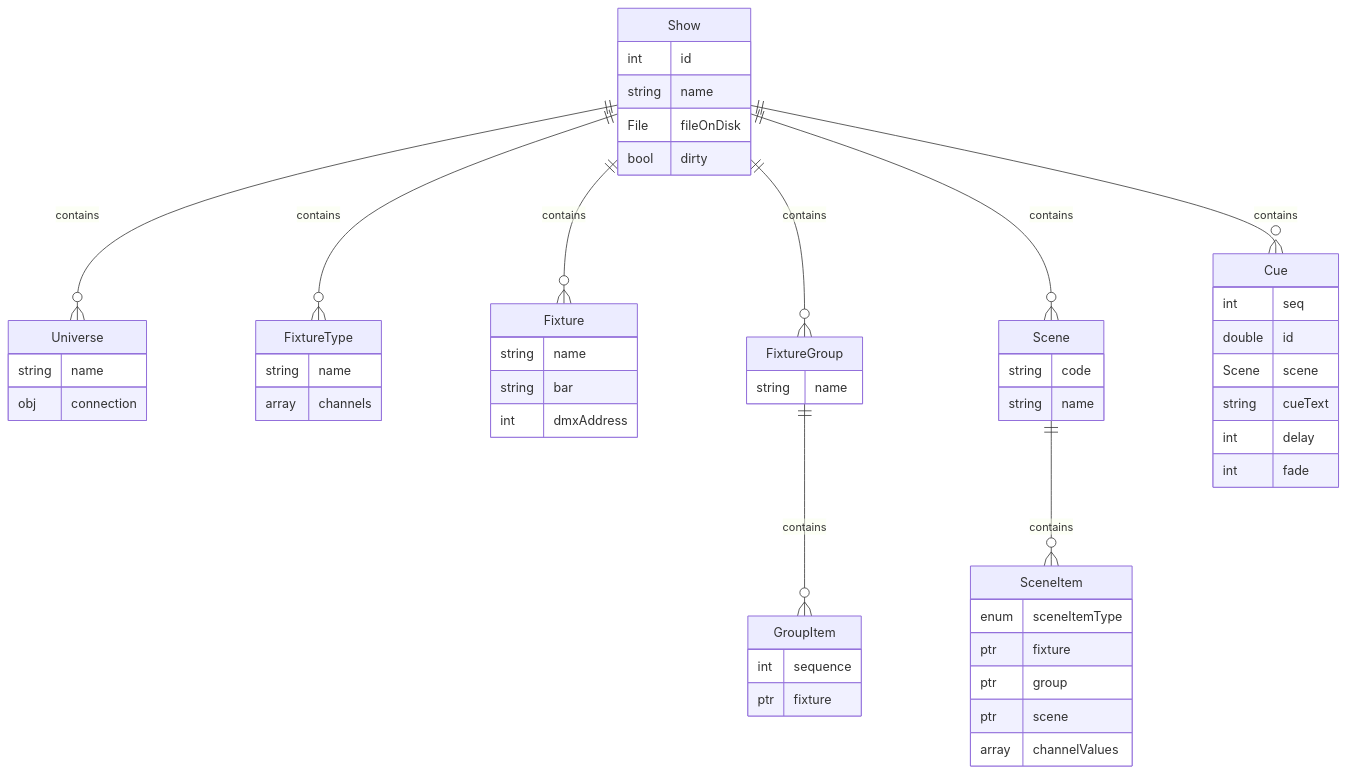
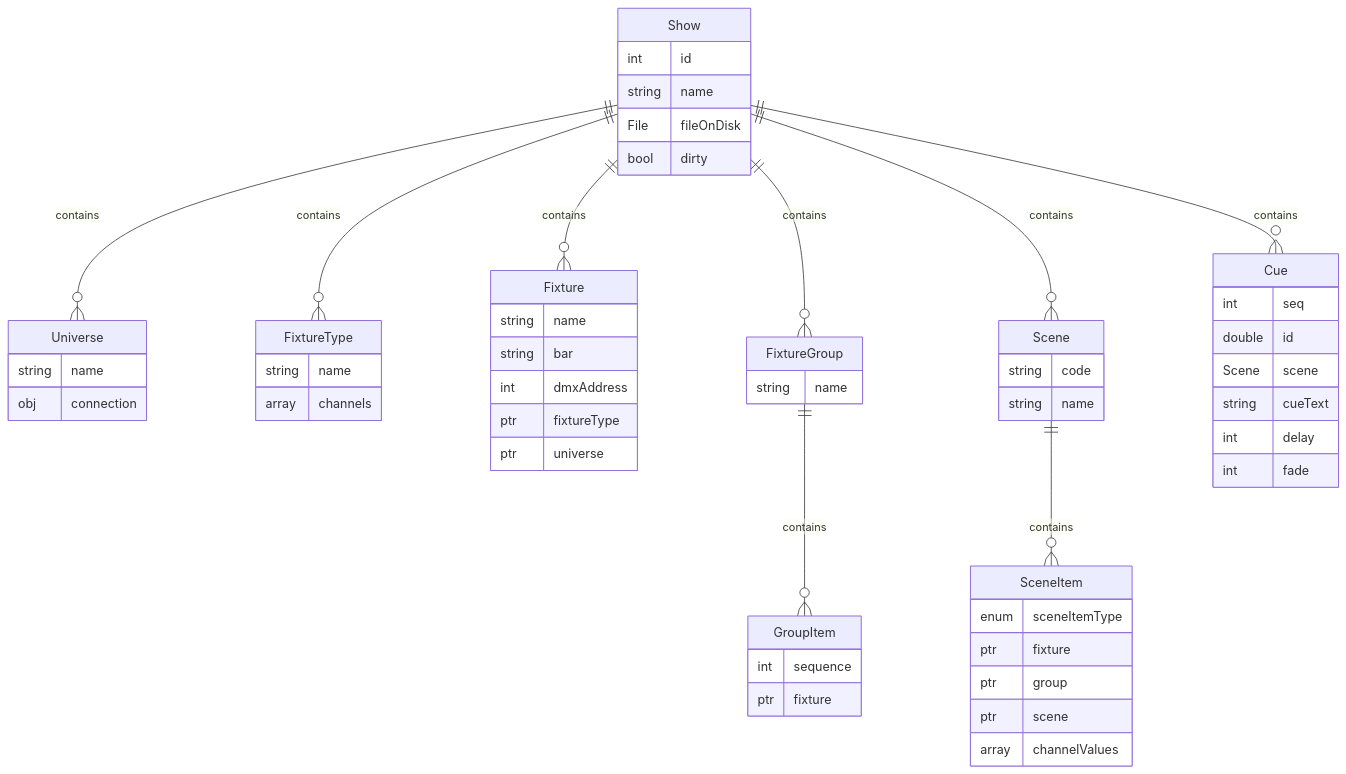
One commit to BrendanTWhite/Footlight changed the diagram in docs/ownership.md. Above: the diagram before and after it, drawn with Mermaid. The commit also changed other lines of this file and 1 other file, not shown here.

Commit message:
Doco diagram progress

````diff
--- a/docs/ownership.md
+++ b/docs/ownership.md
@@ -5,63 +5,65 @@
 ```mermaid
 erDiagram
 
 Show {
     int id
     string name
     File fileOnDisk
     bool dirty
 }
 
 Show ||--o{ Universe : contains
 Universe {
     string name
     obj connection
 }
 
 Show ||--o{ FixtureType : contains
 FixtureType {
     string name
     array channels
 }
 
 Show ||--o{ Fixture : contains
 Fixture {
     string name
     string bar
     int dmxAddress
+    ptr fixtureType
+    ptr universe
 }
 
 Show ||--o{ FixtureGroup : contains
 FixtureGroup {
     string name
 }
 FixtureGroup ||--o{ GroupItem : contains
 GroupItem {
     int sequence
     ptr fixture
 }
 
 Show ||--o{ Scene : contains
 Scene {
     string code
     string name
 }
 Scene ||--o{ SceneItem : "contains"
 SceneItem {
     enum sceneItemType
     ptr fixture
     ptr group
     ptr scene
     array channelValues
 }
 
 Show ||--o{ Cue : contains
 Cue {
     int seq
     double id
     Scene scene
     string cueText
     int delay
     int fade
 }
 ```
````
